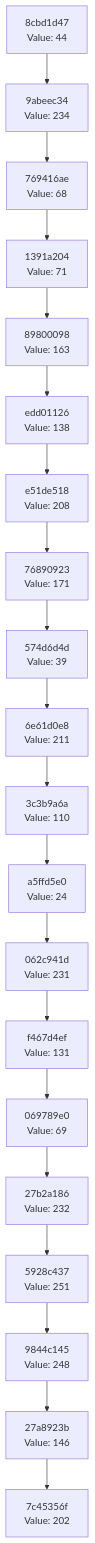
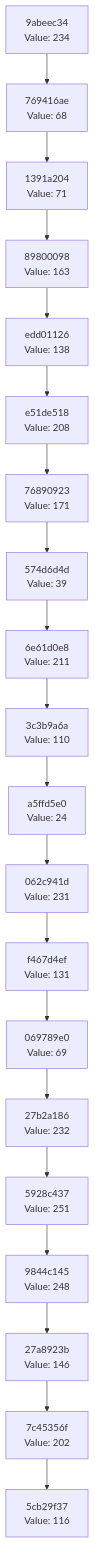
The diagram in docs/CHAIN_VISUALIZATION.md (Abhisheksinha1506/hash-chain-evolver), drawn with Mermaid before and after one commit. The commit also changed 2 other files, not shown here.

Commit message:
Evolution Step

````diff
--- a/docs/CHAIN_VISUALIZATION.md
+++ b/docs/CHAIN_VISUALIZATION.md
@@ -3,42 +3,42 @@
 ```mermaid
 graph TD
-    C0["7c45356f<br/>Value: 202"]
-    C1["27a8923b<br/>Value: 146"]
+    C0["5cb29f37<br/>Value: 116"]
+    C1["7c45356f<br/>Value: 202"]
     C1 --> C0
-    C2["9844c145<br/>Value: 248"]
+    C2["27a8923b<br/>Value: 146"]
     C2 --> C1
-    C3["5928c437<br/>Value: 251"]
+    C3["9844c145<br/>Value: 248"]
     C3 --> C2
-    C4["27b2a186<br/>Value: 232"]
+    C4["5928c437<br/>Value: 251"]
     C4 --> C3
-    C5["069789e0<br/>Value: 69"]
+    C5["27b2a186<br/>Value: 232"]
     C5 --> C4
-    C6["f467d4ef<br/>Value: 131"]
+    C6["069789e0<br/>Value: 69"]
     C6 --> C5
-    C7["062c941d<br/>Value: 231"]
+    C7["f467d4ef<br/>Value: 131"]
     C7 --> C6
-    C8["a5ffd5e0<br/>Value: 24"]
+    C8["062c941d<br/>Value: 231"]
     C8 --> C7
-    C9["3c3b9a6a<br/>Value: 110"]
+    C9["a5ffd5e0<br/>Value: 24"]
     C9 --> C8
-    C10["6e61d0e8<br/>Value: 211"]
+    C10["3c3b9a6a<br/>Value: 110"]
     C10 --> C9
-    C11["574d6d4d<br/>Value: 39"]
+    C11["6e61d0e8<br/>Value: 211"]
     C11 --> C10
-    C12["76890923<br/>Value: 171"]
+    C12["574d6d4d<br/>Value: 39"]
     C12 --> C11
-    C13["e51de518<br/>Value: 208"]
+    C13["76890923<br/>Value: 171"]
     C13 --> C12
-    C14["edd01126<br/>Value: 138"]
+    C14["e51de518<br/>Value: 208"]
     C14 --> C13
-    C15["89800098<br/>Value: 163"]
+    C15["edd01126<br/>Value: 138"]
     C15 --> C14
-    C16["1391a204<br/>Value: 71"]
+    C16["89800098<br/>Value: 163"]
     C16 --> C15
-    C17["769416ae<br/>Value: 68"]
+    C17["1391a204<br/>Value: 71"]
     C17 --> C16
-    C18["9abeec34<br/>Value: 234"]
+    C18["769416ae<br/>Value: 68"]
     C18 --> C17
-    C19["8cbd1d47<br/>Value: 44"]
+    C19["9abeec34<br/>Value: 234"]
     C19 --> C18
 ```
````
